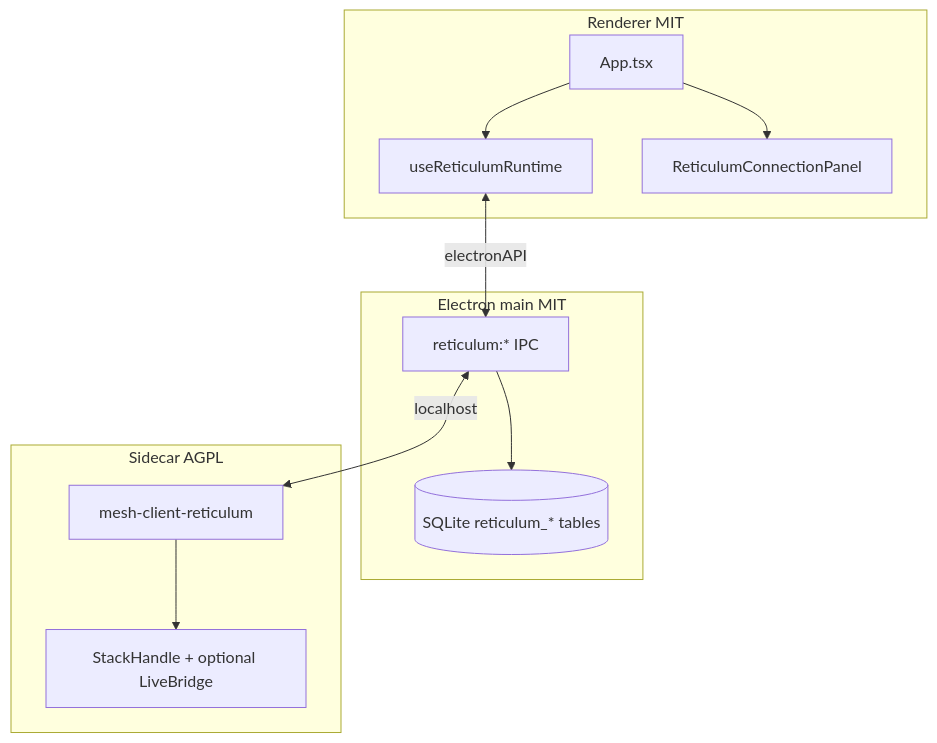
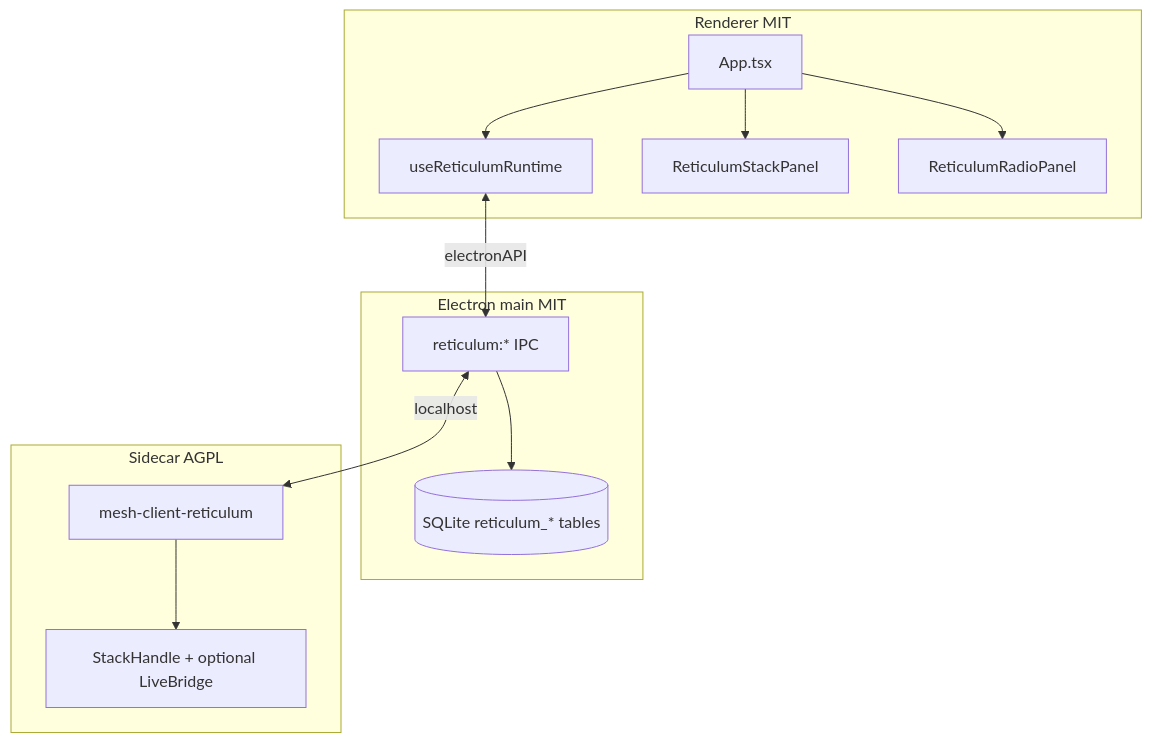
One commit to Colorado-Mesh/mesh-client changed the diagram in docs/reticulum.md. Above: the diagram before and after it, drawn with Mermaid. The commit also changed other lines of this file and 66 other files, not shown here.

First line of the commit message:
feat: Reticulum unified parity — Radio tab, config import, sidecar APIs

````diff
--- a/docs/reticulum.md
+++ b/docs/reticulum.md
@@ -11,22 +11,24 @@
 ```mermaid
 flowchart TB
   subgraph ui [Renderer MIT]
     App[App.tsx]
     RT[useReticulumRuntime]
-    Conn[ReticulumConnectionPanel]
+    Stack[ReticulumStackPanel]
+    Radio[ReticulumRadioPanel]
     App --> RT
-    App --> Conn
+    App --> Stack
+    App --> Radio
   end
   subgraph main [Electron main MIT]
     IPC[reticulum:* IPC]
     DB[(SQLite reticulum_* tables)]
     IPC --> DB
   end
   subgraph rust [Sidecar AGPL]
     Daemon[mesh-client-reticulum]
-    Stack[StackHandle + optional LiveBridge]
-    Daemon --> Stack
+    StackH[StackHandle + optional LiveBridge]
+    Daemon --> StackH
   end
   RT <-->|electronAPI| IPC
   IPC <-->|localhost| Daemon
 ```
````
